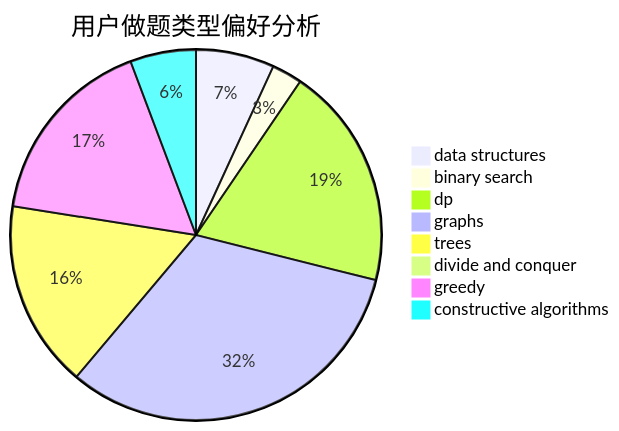
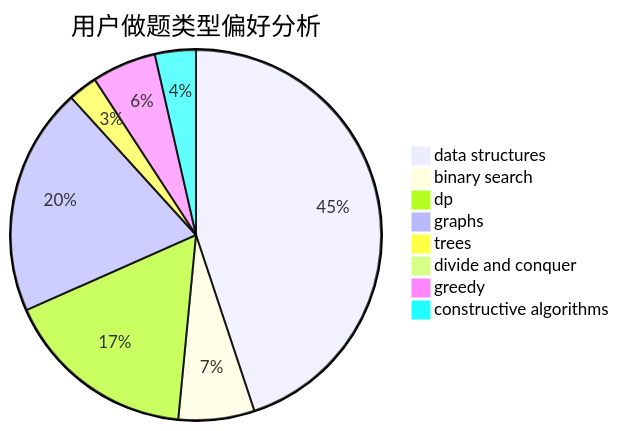
One commit to sherpahu/cfrs.github.io changed the second of 3 diagrams in docs/user/u735.md. Above: the diagram before and after it, drawn with Mermaid. The commit also changed other lines of this file and 2770 other files, not shown here.

````diff
--- a/docs/user/u735.md
+++ b/docs/user/u735.md
@@ -23,11 +23,11 @@
 ```mermaid
 pie title 用户做题类型偏好分析
-    "data structures" :  31
-    "binary search" :  12
-    "dp" :  88
-    "graphs" :  146
-    "trees" :  74
-    "divide and conquer" :  1
-    "greedy" :  76
-    "constructive algorithms" :  26
+    "data structures" :  88
+    "binary search" :  13
+    "dp" :  33
+    "graphs" :  39
+    "trees" :  5
+    "divide and conquer" :  0
+    "greedy" :  11
+    "constructive algorithms" :  7
 ```
````
